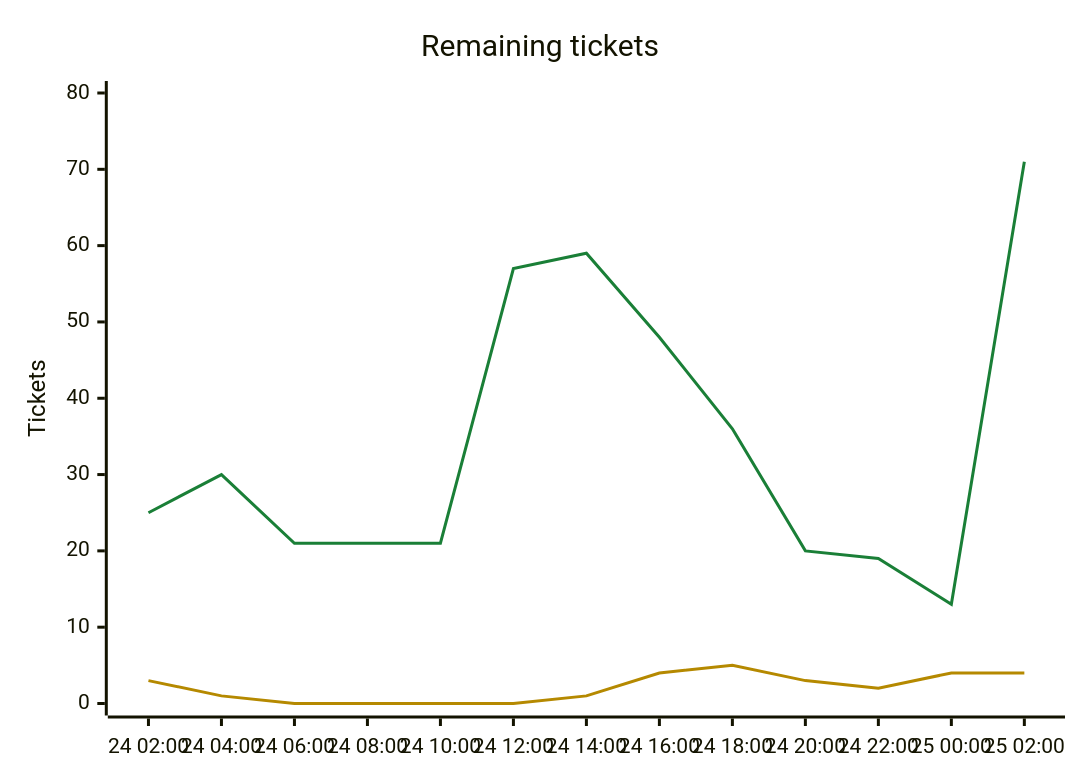
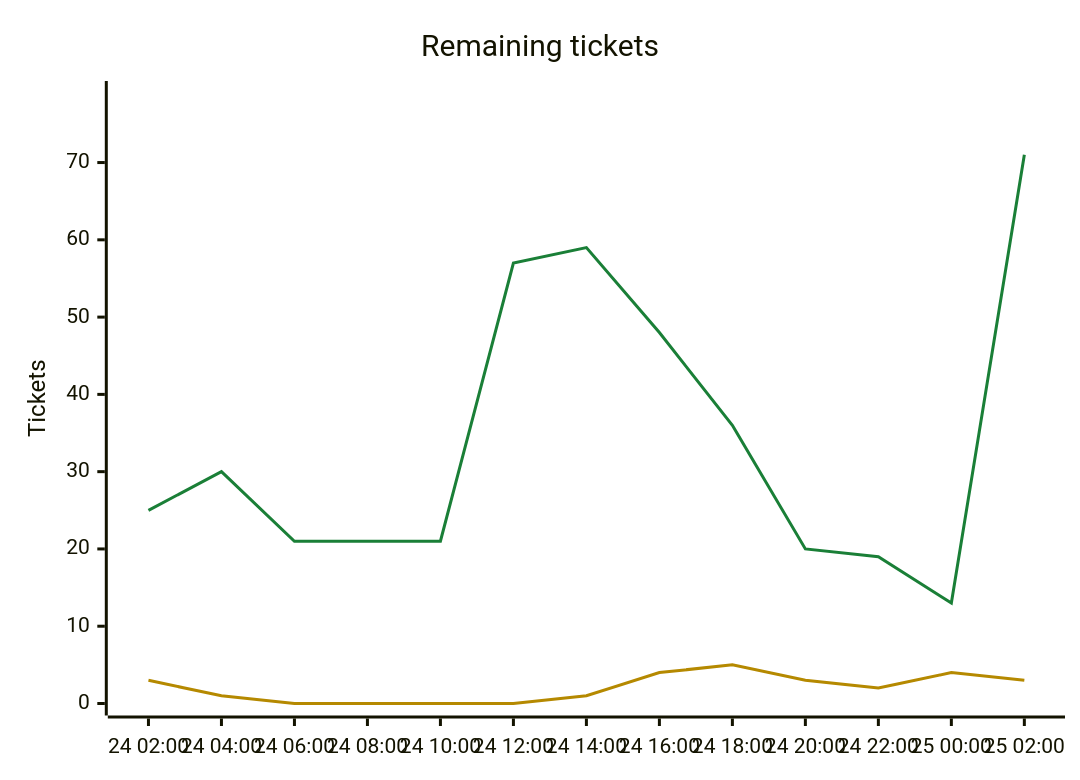
Before and after one commit to Kenmura/Unciv: the second of 2 diagrams in csharp/migration/DEPENDENCY_MAP.md, drawn with Mermaid. The commit also changed other lines of this file and 1 other file, not shown here.

````diff
--- a/csharp/migration/DEPENDENCY_MAP.md
+++ b/csharp/migration/DEPENDENCY_MAP.md
@@ -499,9 +490,9 @@
 ```mermaid
 %%{init: {"themeVariables": {"xyChart": {"plotColorPalette": "#1a7f37, #b58900"}}}}%%
 xychart-beta
     title "Remaining tickets"
     x-axis ["24 02:00", "24 04:00", "24 06:00", "24 08:00", "24 10:00", "24 12:00", "24 14:00", "24 16:00", "24 18:00", "24 20:00", "24 22:00", "25 00:00", "25 02:00"]
-    y-axis "Tickets" 0 --> 80
+    y-axis "Tickets" 0 --> 79
     line [25, 30, 21, 21, 21, 57, 59, 48, 36, 20, 19, 13, 71]
-    line [3, 1, 0, 0, 0, 0, 1, 4, 5, 3, 2, 4, 4]
+    line [3, 1, 0, 0, 0, 0, 1, 4, 5, 3, 2, 4, 3]
 ```
````
